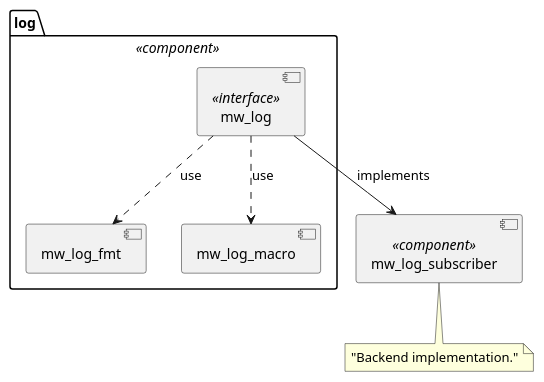
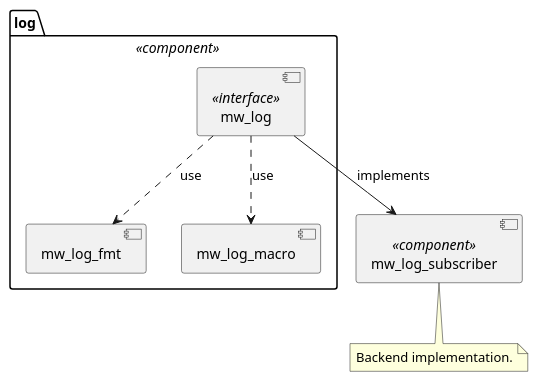
The diagram in docs/module/log/architecture/_assets/static_view.puml (esrlabs/baselibs_rust), drawn with PlantUML before and after one commit. The commit also changed 4 other files, not shown here.

```diff
--- a/docs/module/log/architecture/_assets/static_view.puml
+++ b/docs/module/log/architecture/_assets/static_view.puml
@@ -1,20 +1,21 @@
 @startuml log_static_view
 
 package "log" <<component>> {
     component "mw_log" <<interface>>
 
     component "mw_log_fmt"
 
     component "mw_log_macro"
 
     mw_log ..> mw_log_fmt : use
     mw_log ..> mw_log_macro : use
 }
 
 component "mw_log_subscriber" <<component>>
-note bottom: "Backend implementation."
+note bottom
+    Backend implementation.
+end note
 
-mw_log --> "mw_log_subscriber" : implements
-
+mw_log --> mw_log_subscriber : implements
 
 @enduml
```
